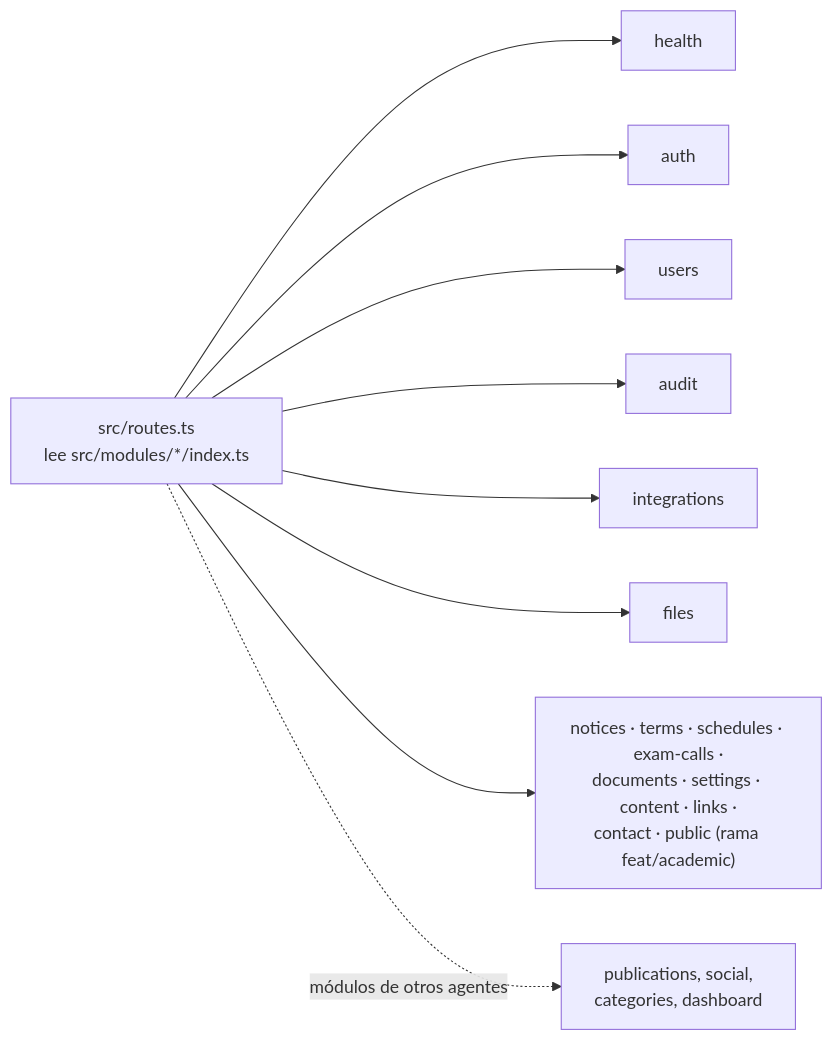
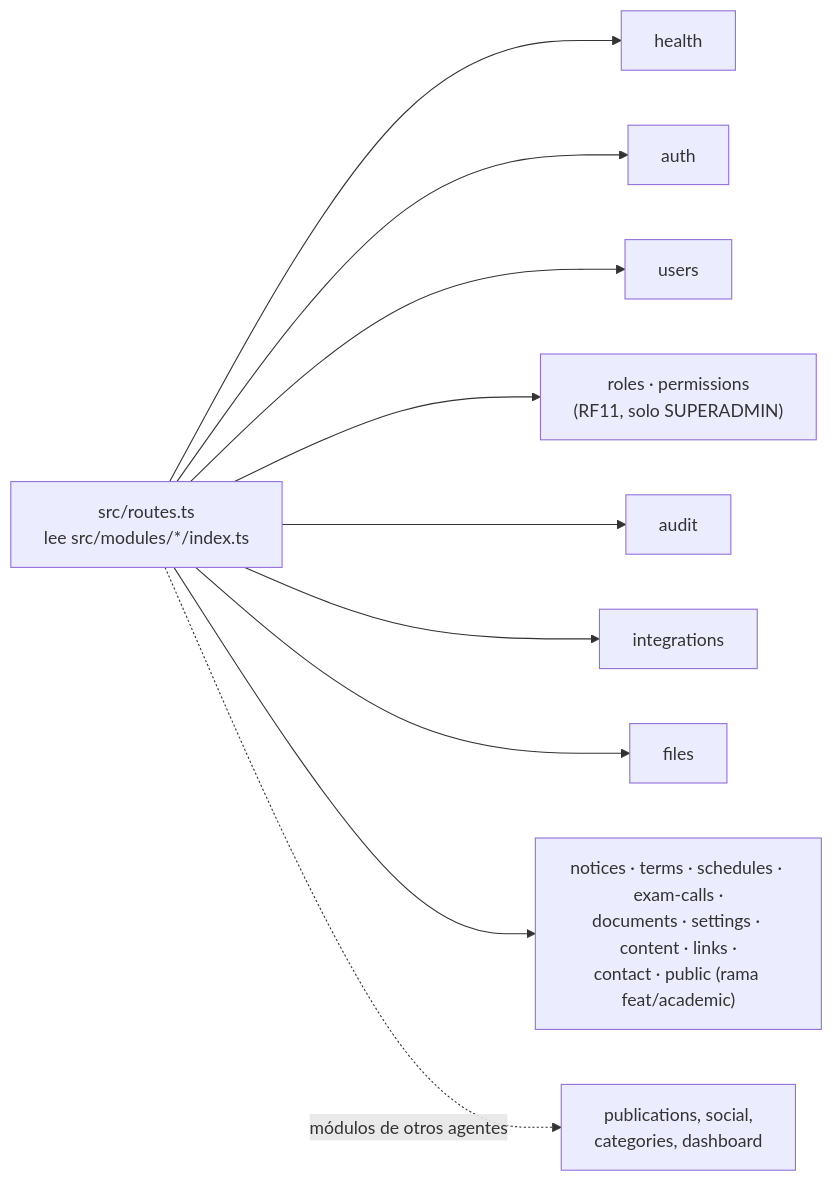
Before and after one commit to IFTS29-TalentoTech/ifts2-plataforma: the second of 3 diagrams in docs/ARQUITECTURA.md, drawn with Mermaid. The commit also changed other lines of this file and 56 other files, not shown here.

````diff
--- a/docs/ARQUITECTURA.md
+++ b/docs/ARQUITECTURA.md
@@ -52,11 +52,12 @@
 ```mermaid
 flowchart LR
   R["src/routes.ts<br/>lee src/modules/*/index.ts"] --> H[health]
   R --> A[auth]
   R --> U[users]
+  R --> RO["roles · permissions<br/>(RF11, solo SUPERADMIN)"]
   R --> AU[audit]
   R --> I[integrations]
   R --> F[files]
   R --> ACA["notices · terms · schedules · exam-calls ·<br/>documents · settings · content · links ·<br/>contact · public (rama feat/academic)"]
   R -. "módulos de otros agentes" .-> P["publications, social,<br/>categories, dashboard"]
 ```
````
